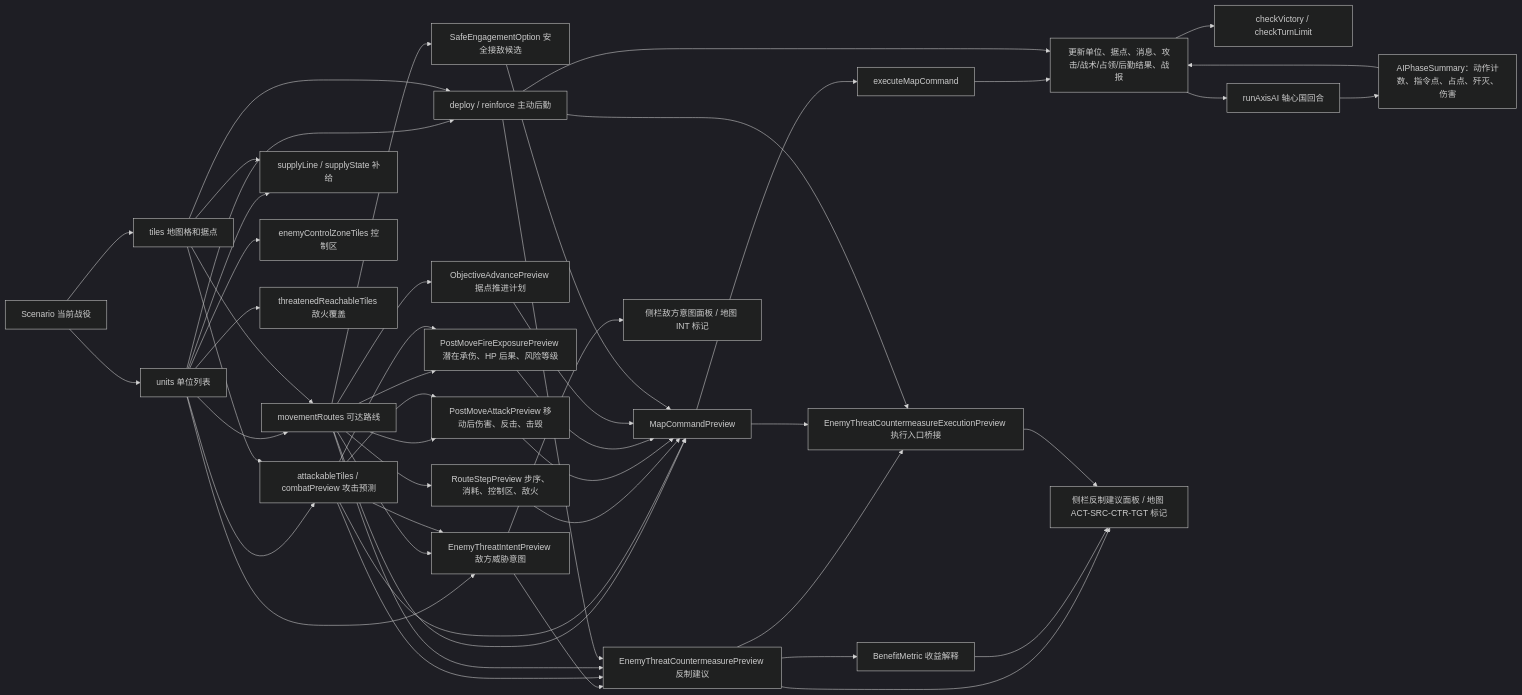
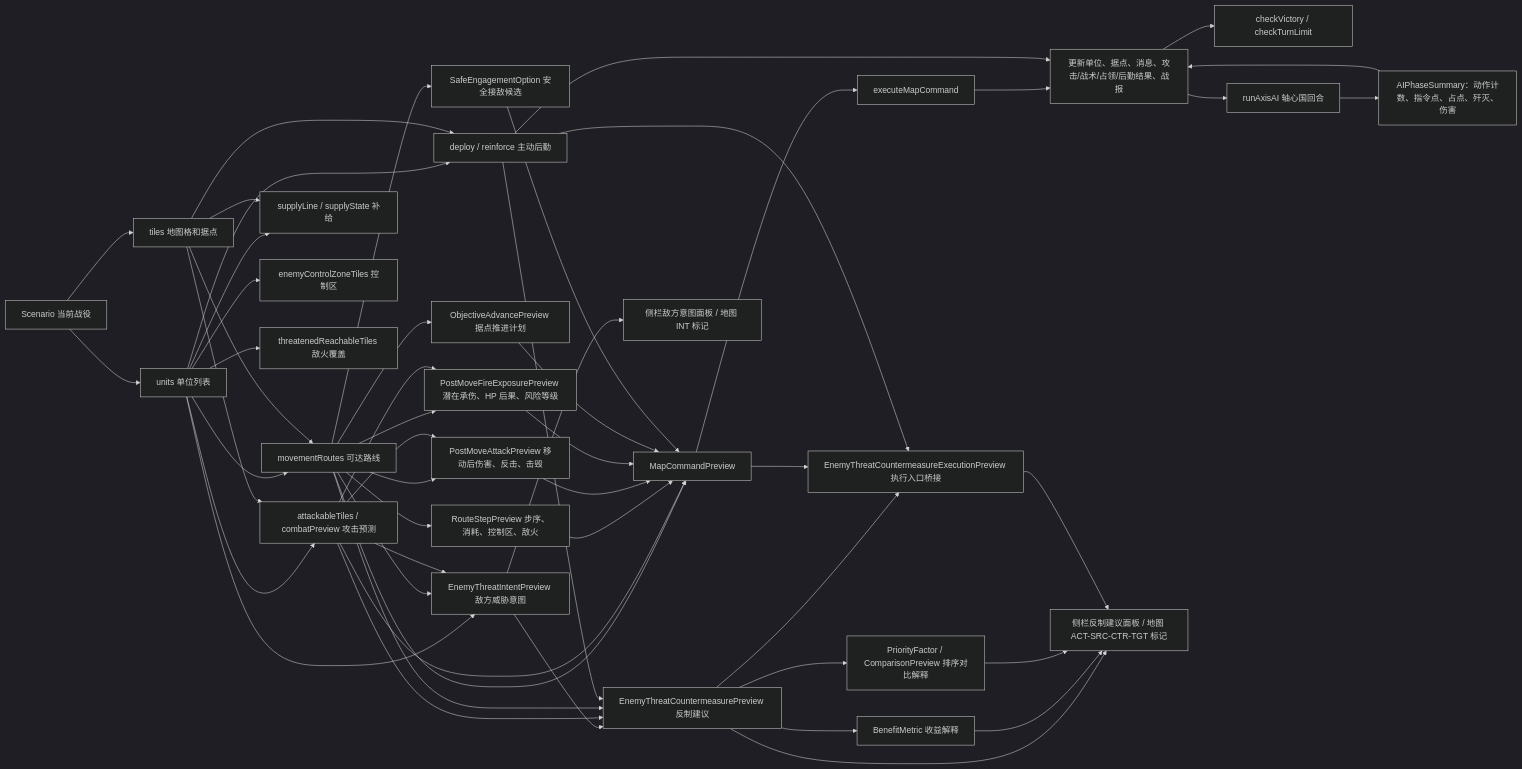
One commit to Altman-sam114/116 changed the third of 5 diagrams in md/flow/flowchart.md. Above: the diagram before and after it, drawn with Mermaid (dark theme). The commit also changed other lines of this file and 10 other files, not shown here.

````diff
--- a/md/flow/flowchart.md
+++ b/md/flow/flowchart.md
@@ -64,51 +67,53 @@
 ```mermaid
 flowchart LR
   S["Scenario 当前战役"] --> U["units 单位列表"]
   S --> T["tiles 地图格和据点"]
   U --> MV["movementRoutes 可达路线"]
   T --> MV
   U --> AT["attackableTiles / combatPreview 攻击预测"]
   T --> AT
   U --> SUP["supplyLine / supplyState 补给"]
   T --> SUP
   U --> LOG["deploy / reinforce 主动后勤"]
   T --> LOG
   U --> ZOC["enemyControlZoneTiles 控制区"]
   U --> THR["threatenedReachableTiles 敌火覆盖"]
   U --> INT["EnemyThreatIntentPreview 敌方威胁意图"]
   INT --> CTR["EnemyThreatCountermeasurePreview 反制建议"]
   CTR --> BM2["BenefitMetric 收益解释"]
+  CTR --> PF["PriorityFactor / ComparisonPreview 排序对比解释"]
   CTR --> EBP["EnemyThreatCountermeasureExecutionPreview 执行入口桥接"]
   MV --> RP["RouteStepPreview 步序、消耗、控制区、敌火"]
   MV --> PM["PostMoveAttackPreview 移动后伤害、反击、击毁"]
   MV --> FP["PostMoveFireExposurePreview 潜在承伤、HP 后果、风险等级"]
   MV --> OP["ObjectiveAdvancePreview 据点推进计划"]
   MV --> SE["SafeEngagementOption 安全接敌候选"]
   MV --> INT
   AT --> PM
   AT --> FP
   AT --> INT
   AT --> CTR
   MV --> CTR
   LOG --> CTR
   CMD --> EBP
   LOG --> EBP
   MV --> CMD["MapCommandPreview"]
   AT --> CMD
   RP --> CMD
   PM --> CMD
   FP --> CMD
   OP --> CMD
   SE --> CMD
   CMD --> EX["executeMapCommand"]
   EX --> RES["更新单位、据点、消息、攻击/战术/占领/后勤结果、战报"]
   LOG --> RES
   RES --> WIN["checkVictory / checkTurnLimit"]
   RES --> AI["runAxisAI 轴心国回合"]
   AI --> AIS["AIPhaseSummary：动作计数、指令点、占点、歼灭、伤害"]
   AIS --> RES
   INT --> UI["侧栏敌方意图面板 / 地图 INT 标记"]
   CTR --> UI2["侧栏反制建议面板 / 地图 ACT-SRC-CTR-TGT 标记"]
   BM2 --> UI2
+  PF --> UI2
   EBP --> UI2
 ```
````
